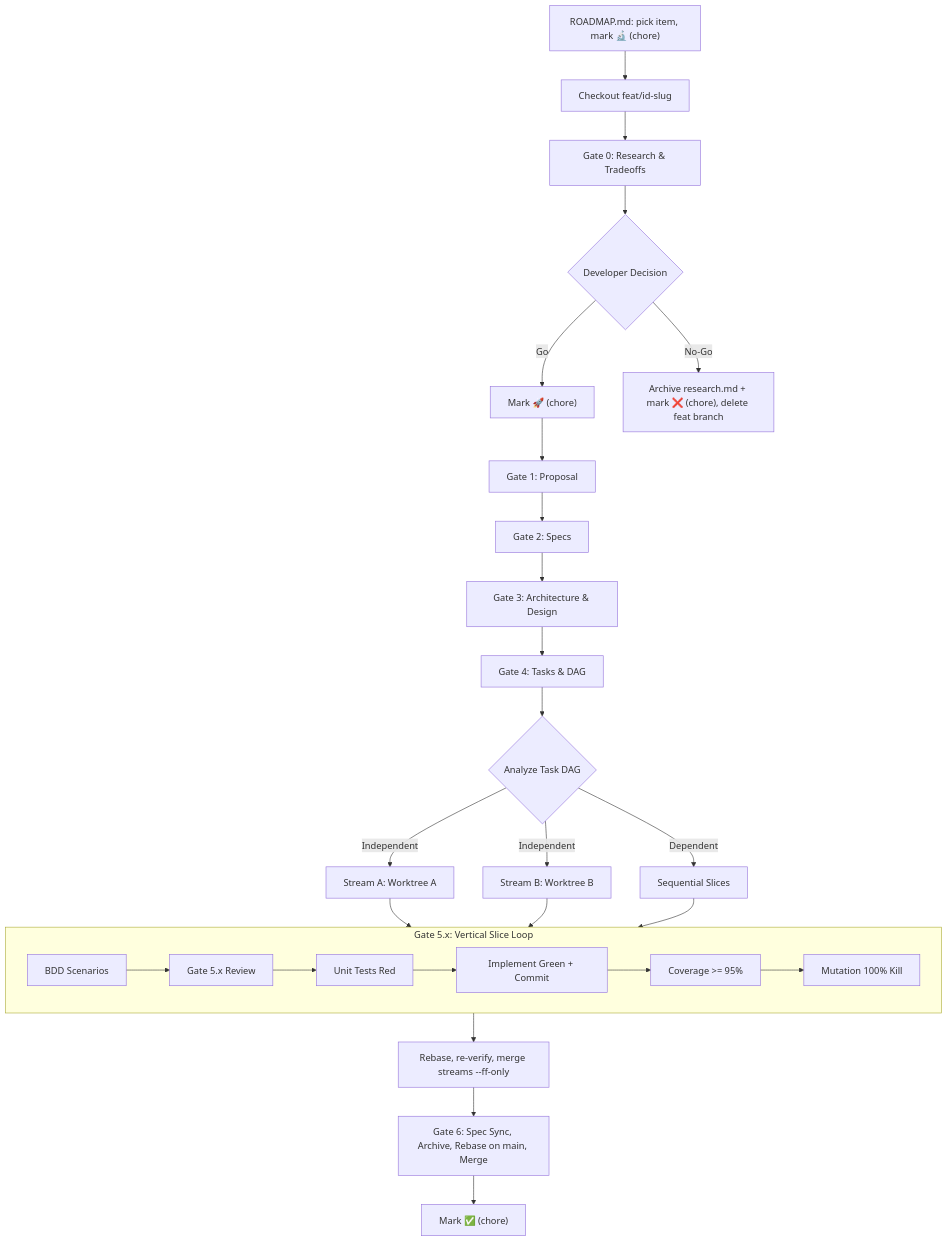
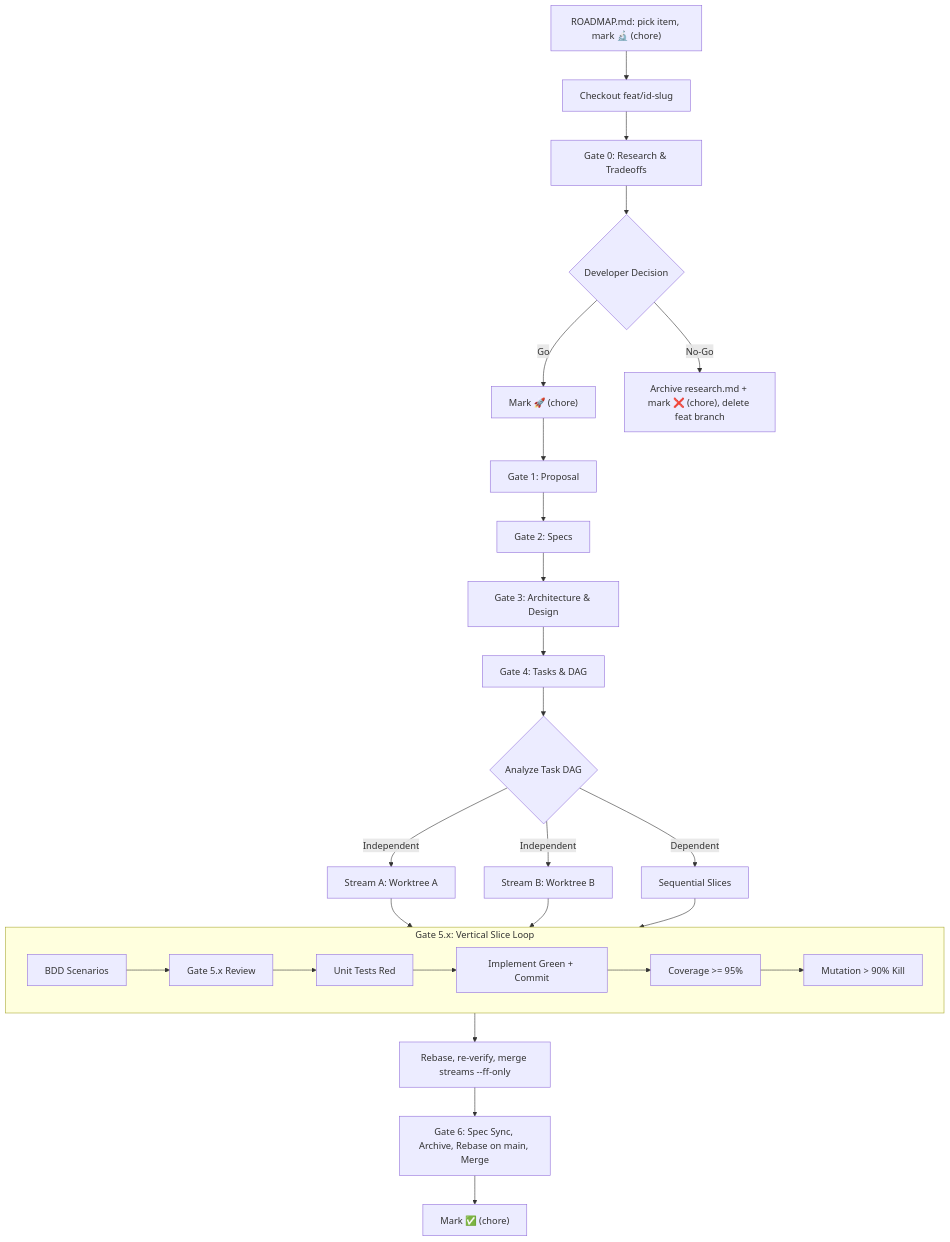
One commit to mgabs/spec-rails changed the first of 2 diagrams in openspec/spec-rails/WORKFLOW.md. Above: the diagram before and after it, drawn with Mermaid. The commit also changed other lines of this file and 27 other files, not shown here.

Commit message:
feat(w5-1): agent architecture hardening, optional bake-off, and CI workflow fixes

````diff
--- a/openspec/spec-rails/WORKFLOW.md
+++ b/openspec/spec-rails/WORKFLOW.md
@@ -102,35 +102,35 @@
 ```mermaid
 flowchart TD
     RD["ROADMAP.md: pick item, mark 🔬 (chore)"] --> B0[Checkout feat/id-slug]
     B0 --> G0[Gate 0: Research & Tradeoffs]
     G0 --> Dec0{Developer Decision}
 
     Dec0 -- Go --> Go["Mark 🚀 (chore)"]
     Go --> G1[Gate 1: Proposal]
     Dec0 -- No-Go --> Drop["Archive research.md + mark ❌ (chore), delete feat branch"]
 
     G1 --> G2[Gate 2: Specs]
     G2 --> G3[Gate 3: Architecture & Design]
     G3 --> G4[Gate 4: Tasks & DAG]
     G4 --> DAG{Analyze Task DAG}
 
     DAG -- Independent --> S_A[Stream A: Worktree A]
     DAG -- Independent --> S_B[Stream B: Worktree B]
     DAG -- Dependent --> S_Seq[Sequential Slices]
 
     subgraph Slice_Loop [Gate 5.x: Vertical Slice Loop]
         A1[BDD Scenarios] --> GA[Gate 5.x Review]
         GA --> A2[Unit Tests Red]
         A2 --> A3[Implement Green + Commit]
         A3 --> A4[Coverage >= 95%]
-        A4 --> A5[Mutation 100% Kill]
+        A4 --> A5["Mutation > 90% Kill"]
     end
 
     S_A --> Slice_Loop
     S_B --> Slice_Loop
     S_Seq --> Slice_Loop
 
     Slice_Loop --> MS["Rebase, re-verify, merge streams --ff-only"]
     MS --> G6[Gate 6: Spec Sync, Archive, Rebase on main, Merge]
     G6 --> Ship["Mark ✅ (chore)"]
 ```
````
